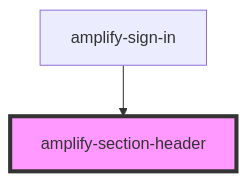
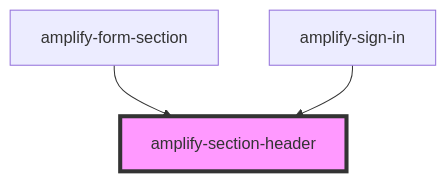
The diagram in packages/amplify-ui-components/src/components/amplify-section-header/readme.md (OneDev0411/amplify-js), drawn with Mermaid before and after one commit. The commit also changed other lines of this file and 16 other files, not shown here.

````diff
--- a/packages/amplify-ui-components/src/components/amplify-section-header/readme.md
+++ b/packages/amplify-ui-components/src/components/amplify-section-header/readme.md
@@ -22,5 +23,6 @@
 ```mermaid
 graph TD;
+  amplify-form-section --> amplify-section-header
   amplify-sign-in --> amplify-section-header
   style amplify-section-header fill:#f9f,stroke:#333,stroke-width:4px
 ```
````
